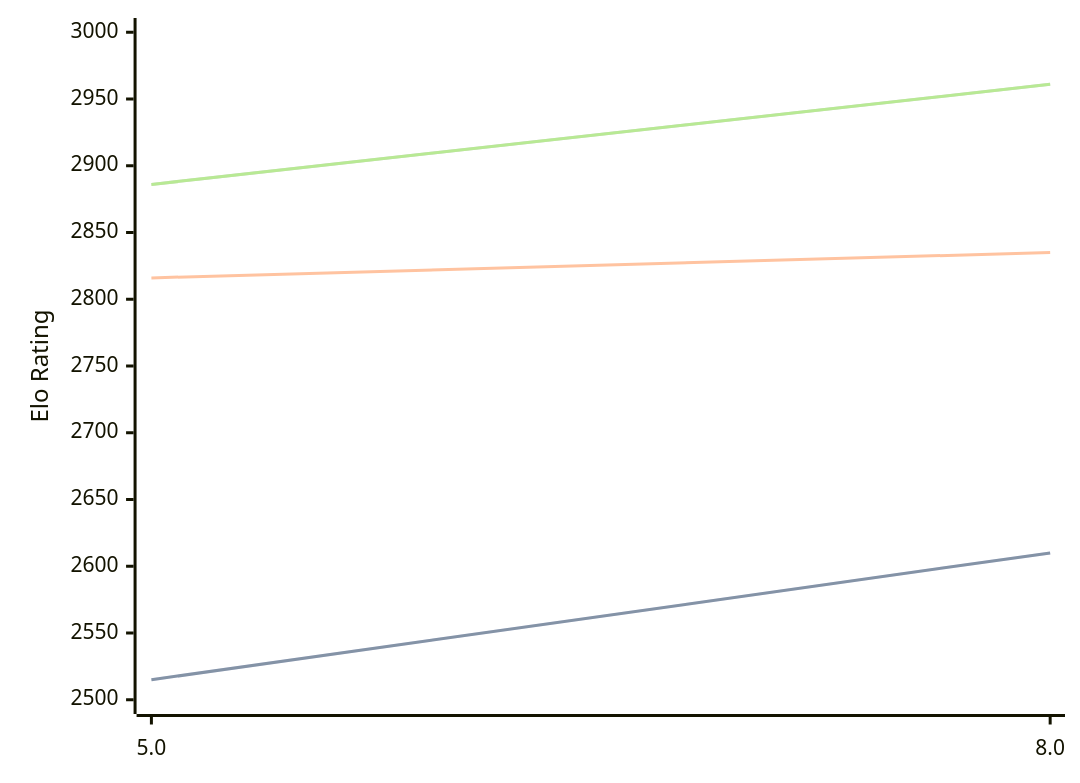
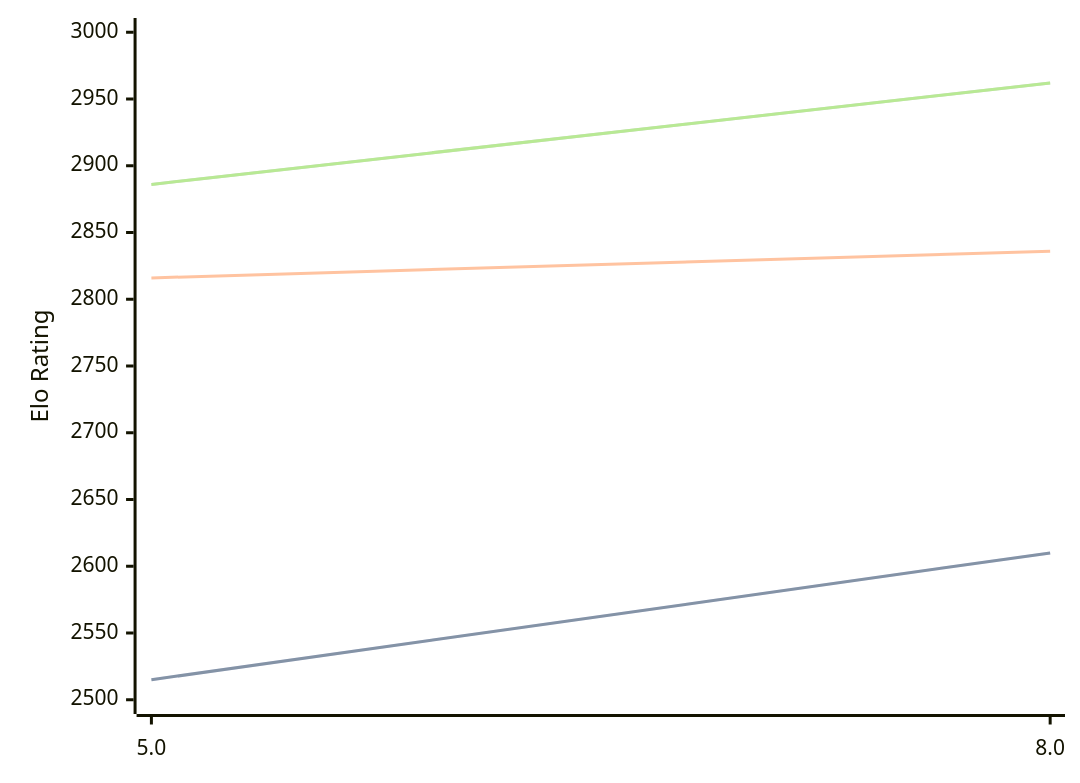
One commit to computer-chess-index/cci changed the diagram in engines/4kc.md. Above: the diagram before and after it, drawn with Mermaid. The commit also changed other lines of this file, not shown here.

Commit message:
Update CCI Ratings (ELO VLTC) - 2026-04-05

````diff
--- a/engines/4kc.md
+++ b/engines/4kc.md
@@ -41,11 +41,11 @@
 ```mermaid
 %%{init: {"theme":"base","themeVariables":{"seriesColors:['#a3a3a3','#222221','#faa371']}}}%%
 xychart-beta
   x-axis ["5.0", "8.0"]
   y-axis "Elo Rating" 2500 --> 3000
   line "STC (8.0+0.08s)" [2515, 2610]
   line "STC (8.0+0.08s)" [2515, 2610]
-  line "LTC (60.0+0.60s)" [2816, 2835]
-  line "VLTC (2m24s+1.12s)" [2886, 2961]
-  line "VLTC (2m24s+1.12s)" [2886, 2961]
+  line "LTC (60.0+0.60s)" [2816, 2836]
+  line "VLTC (2m24s+1.12s)" [2886, 2962]
+  line "VLTC (2m24s+1.12s)" [2886, 2962]
 ```
````
